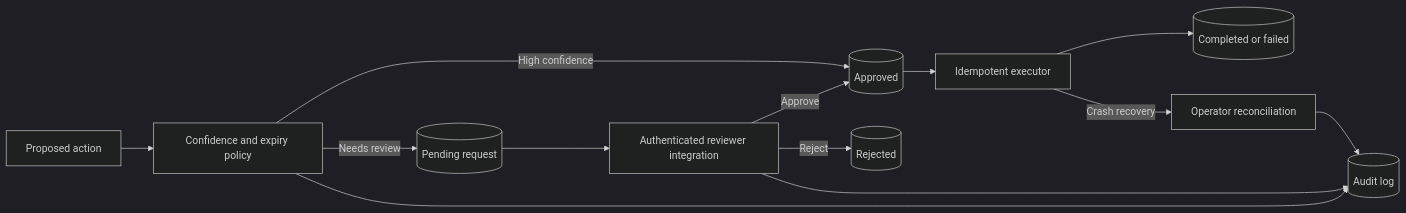
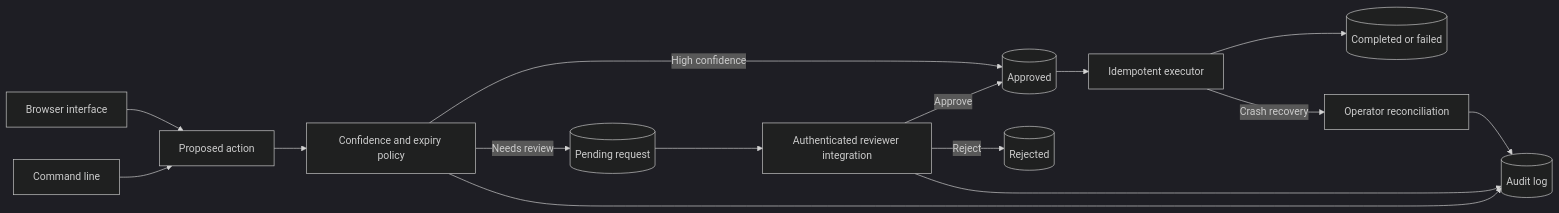
The diagram in README.md (kh-bikash/human-approval-agent), drawn with Mermaid (dark theme) before and after one commit. The commit also changed other lines of this file and 12 other files, not shown here.

Commit message:
Ship runnable CLI and browser product

````diff
--- a/README.md
+++ b/README.md
@@ -45,15 +47,17 @@
 ```mermaid
 flowchart LR
+    CLI[Command line] --> Proposal
+    Browser[Browser interface] --> Proposal
     Proposal[Proposed action] --> Gate[Confidence and expiry policy]
     Gate -->|Needs review| Pending[(Pending request)]
     Pending --> Reviewer[Authenticated reviewer integration]
     Reviewer -->|Approve| Approved[(Approved)]
     Reviewer -->|Reject| Rejected[(Rejected)]
     Gate -->|High confidence| Approved
     Approved --> Execute[Idempotent executor]
     Execute --> Outcome[(Completed or failed)]
     Execute -->|Crash recovery| Reconcile[Operator reconciliation]
     Gate --> Audit[(Audit log)]
     Reviewer --> Audit
     Reconcile --> Audit
 ```
````
